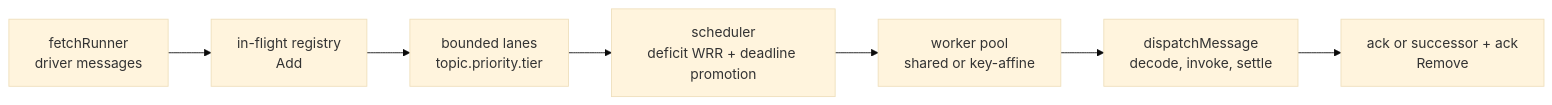
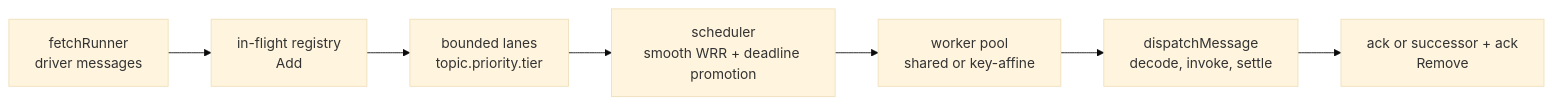
The diagram in docs/deep-dives/scheduler-and-worker.md (bktrung/edm_sdk), drawn with Mermaid (base theme) before and after one commit. The commit also changed other lines of this file and 207 other files, not shown here.

````diff
--- a/docs/deep-dives/scheduler-and-worker.md
+++ b/docs/deep-dives/scheduler-and-worker.md
@@ -31,9 +31,9 @@
 ```mermaid
 flowchart LR
   Fetch["fetchRunner<br/>driver messages"] --> Reg["in-flight registry<br/>Add"]
   Reg --> Lanes["bounded lanes<br/>topic.priority.tier"]
-  Lanes --> Sched["scheduler<br/>deficit WRR + deadline promotion"]
+  Lanes --> Sched["scheduler<br/>smooth WRR + deadline promotion"]
   Sched --> Pool["worker pool<br/>shared or key-affine"]
   Pool --> Disp["dispatchMessage<br/>decode, invoke, settle"]
   Disp --> Settle["ack or successor + ack<br/>Remove"]
 ```
````
